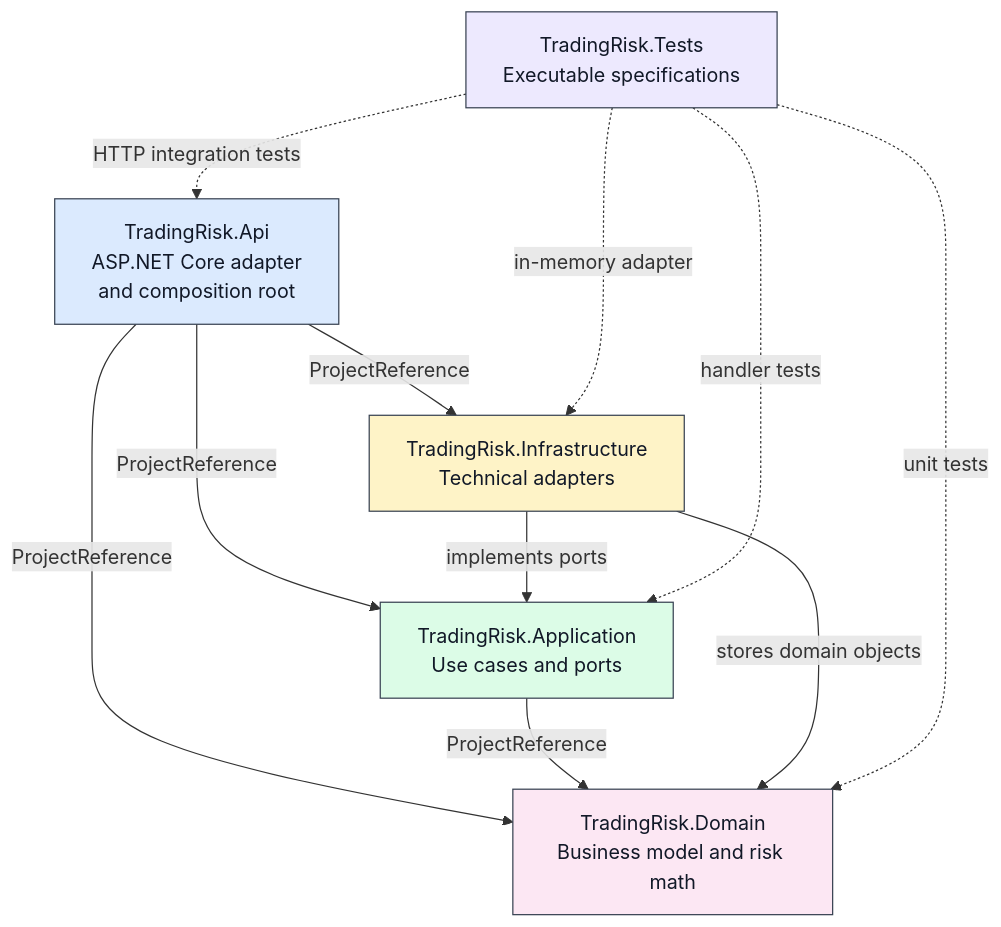
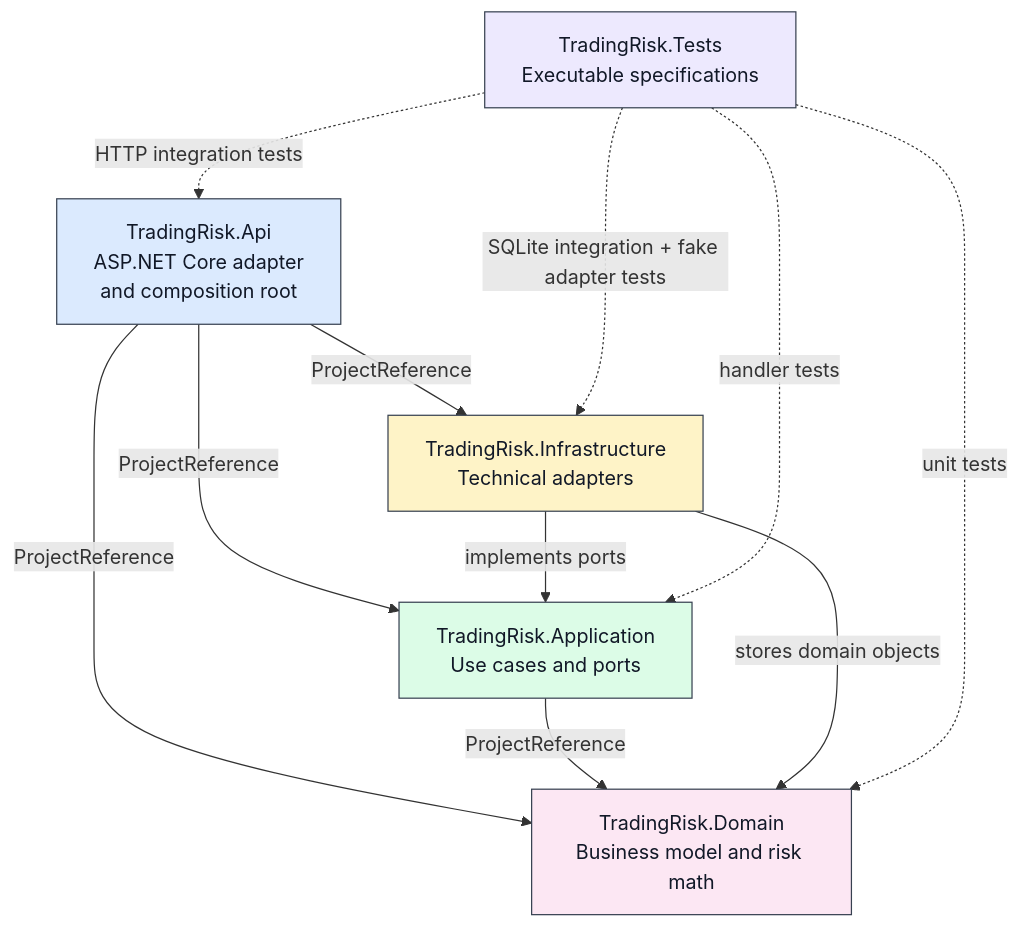
One commit to moenn1/riskengine changed the first of 9 diagrams in docs/06-mermaid-diagrams.md. Above: the diagram before and after it, drawn with Mermaid. The commit also changed other lines of this file and 46 other files, not shown here.

````diff
--- a/docs/06-mermaid-diagrams.md
+++ b/docs/06-mermaid-diagrams.md
@@ -22,31 +24,31 @@
 ```mermaid
 flowchart TB
     Tests["TradingRisk.Tests<br/>Executable specifications"]
     Api["TradingRisk.Api<br/>ASP.NET Core adapter<br/>and composition root"]
     Infrastructure["TradingRisk.Infrastructure<br/>Technical adapters"]
     Application["TradingRisk.Application<br/>Use cases and ports"]
     Domain["TradingRisk.Domain<br/>Business model and risk math"]
 
     Api -->|"ProjectReference"| Application
     Api -->|"ProjectReference"| Infrastructure
     Api -->|"ProjectReference"| Domain
     Application -->|"ProjectReference"| Domain
     Infrastructure -->|"implements ports"| Application
     Infrastructure -->|"stores domain objects"| Domain
 
     Tests -. "HTTP integration tests" .-> Api
     Tests -. "handler tests" .-> Application
-    Tests -. "in-memory adapter" .-> Infrastructure
+    Tests -. "SQLite integration + fake adapter tests" .-> Infrastructure
     Tests -. "unit tests" .-> Domain
 
     classDef api fill:#dbeafe,stroke:#374151,color:#111827
     classDef application fill:#dcfce7,stroke:#374151,color:#111827
     classDef infrastructure fill:#fef3c7,stroke:#374151,color:#111827
     classDef domain fill:#fce7f3,stroke:#374151,color:#111827
     classDef tests fill:#ede9fe,stroke:#374151,color:#111827
     class Api api
     class Application application
     class Infrastructure infrastructure
     class Domain domain
     class Tests tests
 ```
````
